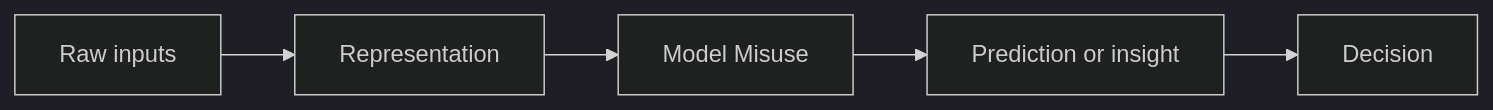
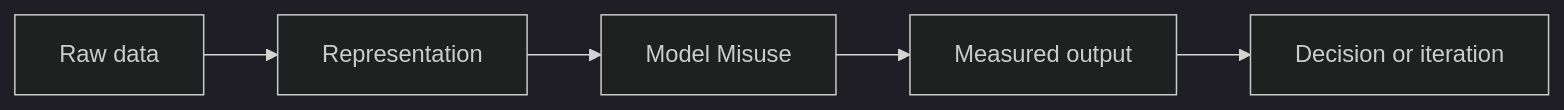
The diagram in ethics-safety/05-model-misuse.md (Icon1cc/Machine-Learning), drawn with Mermaid (dark theme) before and after one commit. The commit also changed other lines of this file and 330 other files, not shown here.

````diff
--- a/ethics-safety/05-model-misuse.md
+++ b/ethics-safety/05-model-misuse.md
@@ -92,7 +93,7 @@
 ```mermaid
 flowchart LR
-    A[Raw inputs] --> B[Representation]
+    A[Raw data] --> B[Representation]
     B --> C[Model Misuse]
-    C --> D[Prediction or insight]
-    D --> E[Decision]
+    C --> D[Measured output]
+    D --> E[Decision or iteration]
 ```
````
